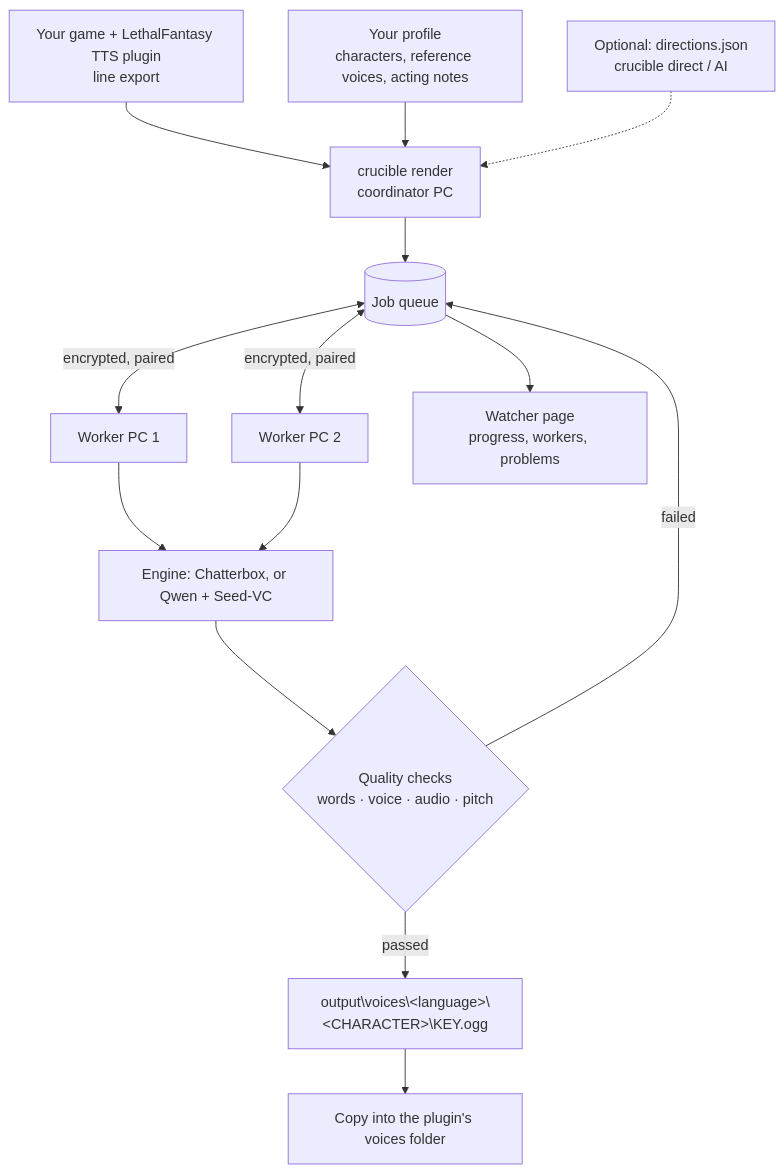
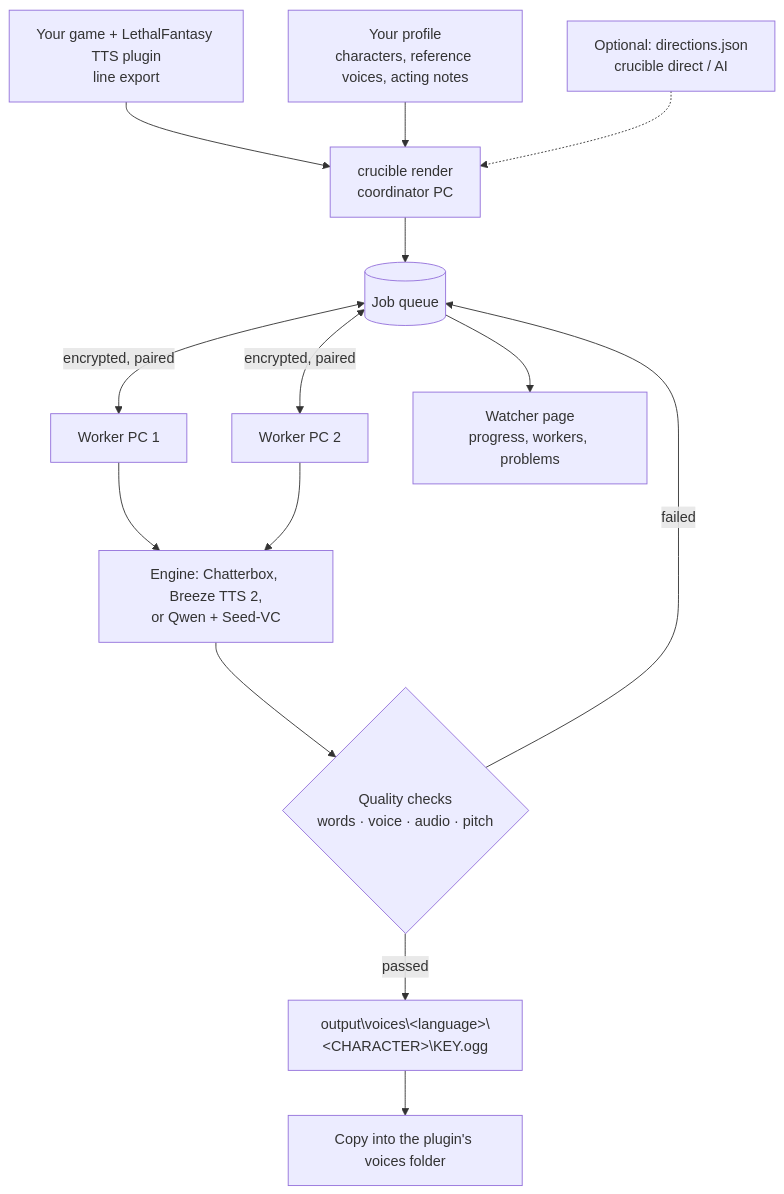
The diagram in README.md (EPIC3D/LethalFantasy-VoiceCrucible), drawn with Mermaid before and after one commit. The commit also changed other lines of this file and 69 other files, not shown here.

````diff
--- a/README.md
+++ b/README.md
@@ -19,15 +21,15 @@
 ```mermaid
 flowchart TD
     G[Your game + LethalFantasy TTS plugin<br/>line export] --> R[crucible render<br/>coordinator PC]
     P[Your profile<br/>characters, reference voices, acting notes] --> R
     D[Optional: directions.json<br/>crucible direct / AI] -.-> R
     R --> Q[(Job queue)]
     Q <-->|encrypted, paired| W1[Worker PC 1]
     Q <-->|encrypted, paired| W2[Worker PC 2]
-    W1 & W2 --> E[Engine: Chatterbox, or Qwen + Seed-VC]
+    W1 & W2 --> E[Engine: Chatterbox, Breeze TTS 2,<br/>or Qwen + Seed-VC]
     E --> C{Quality checks<br/>words · voice · audio · pitch}
     C -- failed --> Q
     C -- passed --> O[output\voices\&lt;language&gt;\&lt;CHARACTER&gt;\KEY.ogg]
     O --> M[Copy into the plugin's voices folder]
     Q --> V[Watcher page<br/>progress, workers, problems]
 ```
````
